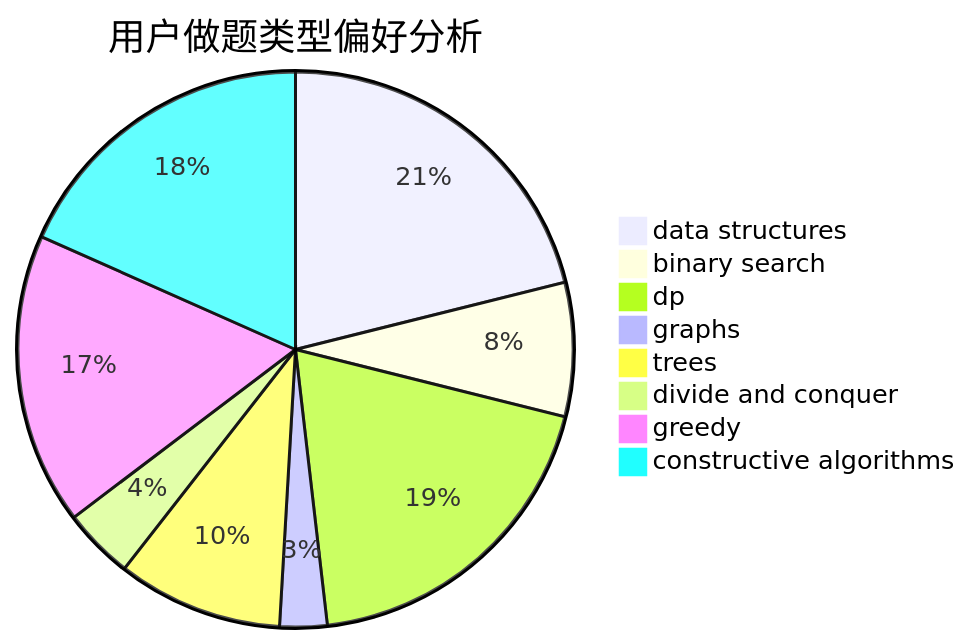
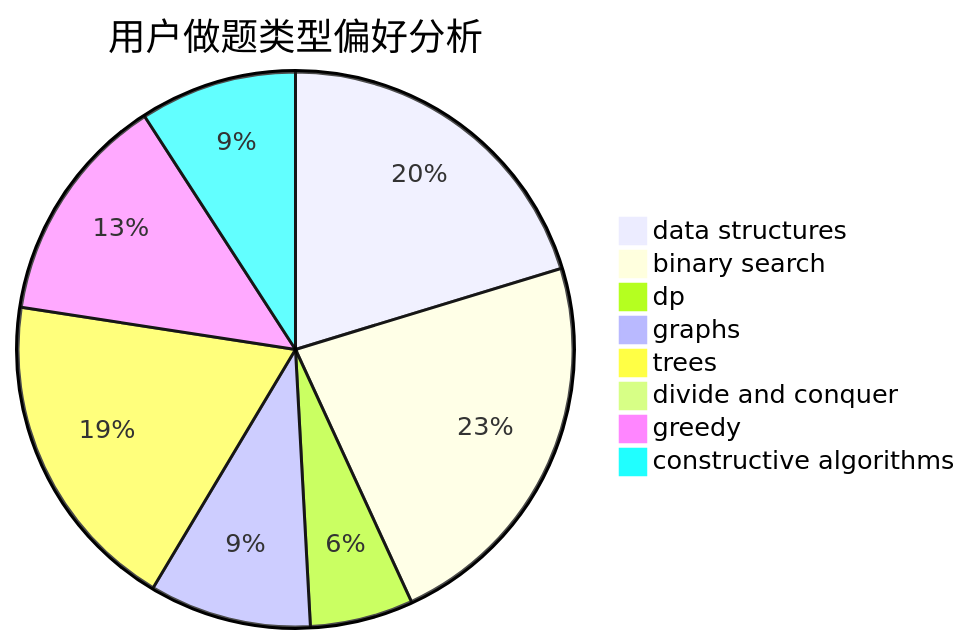
The second of 3 diagrams in docs/user/u1116.md (sherpahu/cfrs.github.io), drawn with Mermaid before and after one commit. The commit also changed other lines of this file and 2770 other files, not shown here.

````diff
--- a/docs/user/u1116.md
+++ b/docs/user/u1116.md
@@ -23,11 +23,11 @@
 ```mermaid
 pie title 用户做题类型偏好分析
-    "data structures" :  46
-    "binary search" :  17
-    "dp" :  42
-    "graphs" :  6
-    "trees" :  21
-    "divide and conquer" :  9
-    "greedy" :  37
-    "constructive algorithms" :  40
+    "data structures" :  71
+    "binary search" :  80
+    "dp" :  21
+    "graphs" :  33
+    "trees" :  66
+    "divide and conquer" :  1
+    "greedy" :  47
+    "constructive algorithms" :  32
 ```
````
